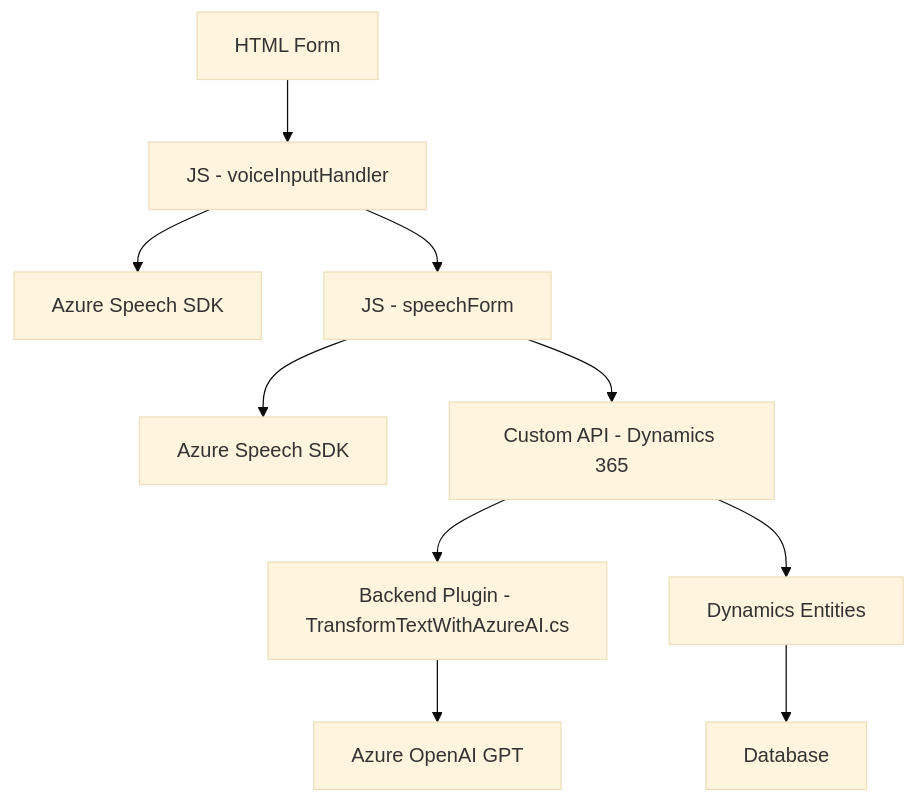
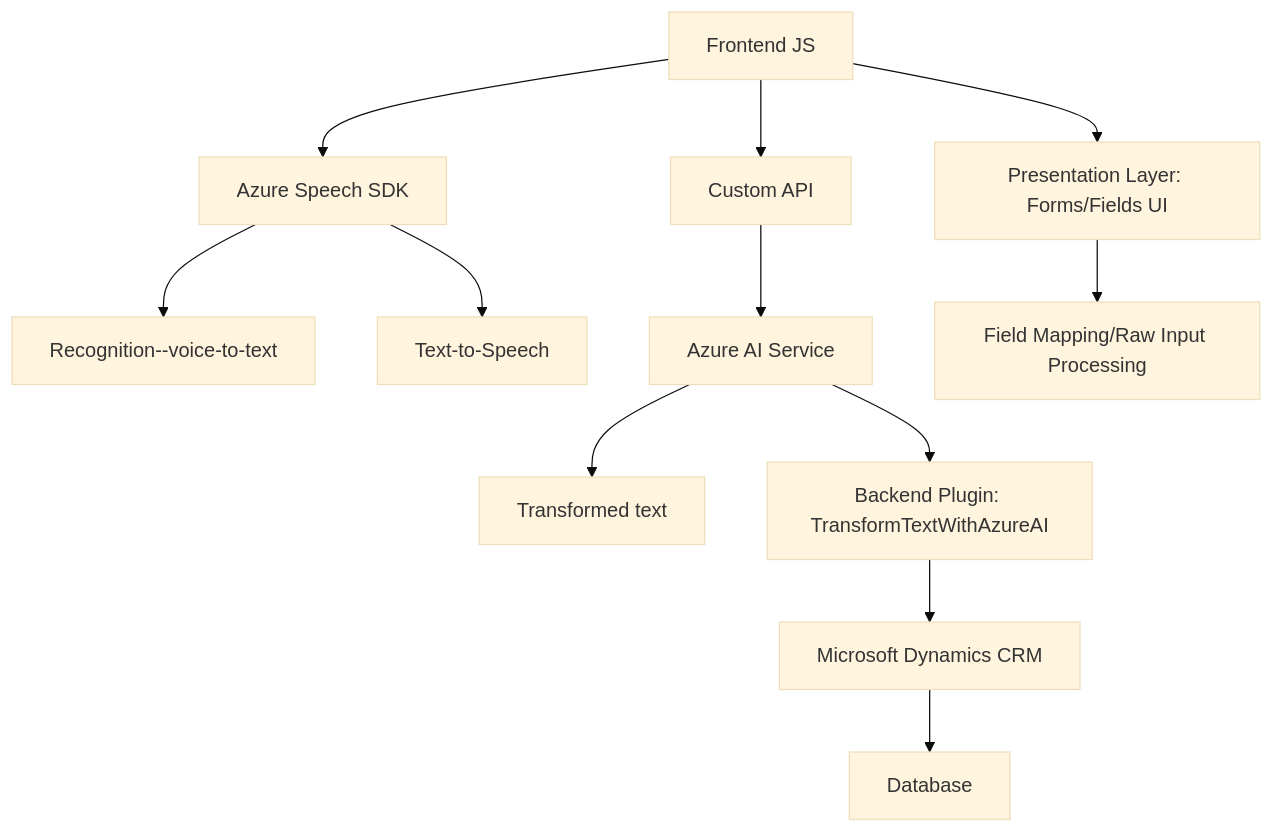
The diagram in README.md (blopezdm/NETCORE_BILBAO2025), drawn with Mermaid (base theme) before and after one commit. The commit also changed other lines of this file, not shown here.

````diff
--- a/README.md
+++ b/README.md
@@ -43,12 +23,14 @@
 ```mermaid
 graph TD
-    A["HTML Form"] --> B["JS - voiceInputHandler"]
-    B --> C["Azure Speech SDK"]
-    B --> D["JS - speechForm"]
-    D --> E["Azure Speech SDK"]
-    D --> F["Custom API - Dynamics 365"]
-    F --> G["Backend Plugin - TransformTextWithAzureAI.cs"]
-    G --> H["Azure OpenAI GPT"]
-    F --> I["Dynamics Entities"]
-    I --> J["Database"]
+A["Frontend JS"] --> B["Azure Speech SDK"]
+A --> C["Custom API"]
+B --> D["Recognition--voice-to-text"]
+B --> E["Text-to-Speech"]
+C --> F["Azure AI Service"]
+F --> G["Transformed text"]
+A --> H["Presentation Layer: Forms/Fields UI"]
+H --> I["Field Mapping/Raw Input Processing"]
+F --> J["Backend Plugin: TransformTextWithAzureAI"]
+J --> K["Microsoft Dynamics CRM"]
+K --> L["Database"]
 ```
````
